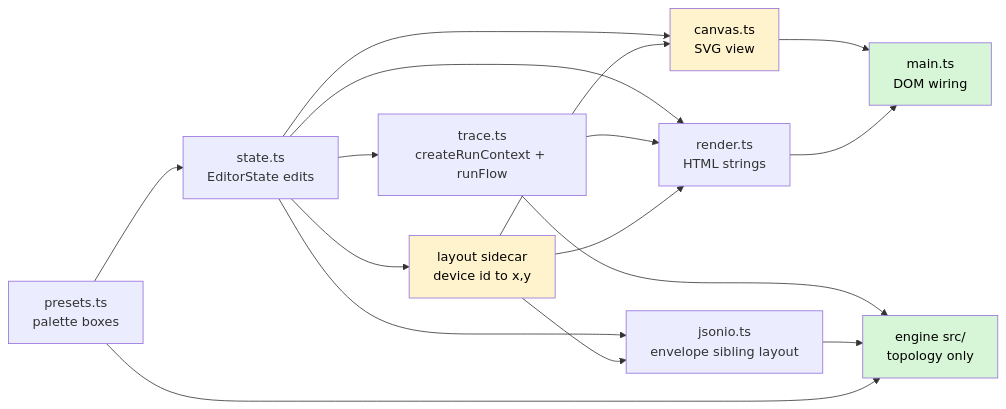
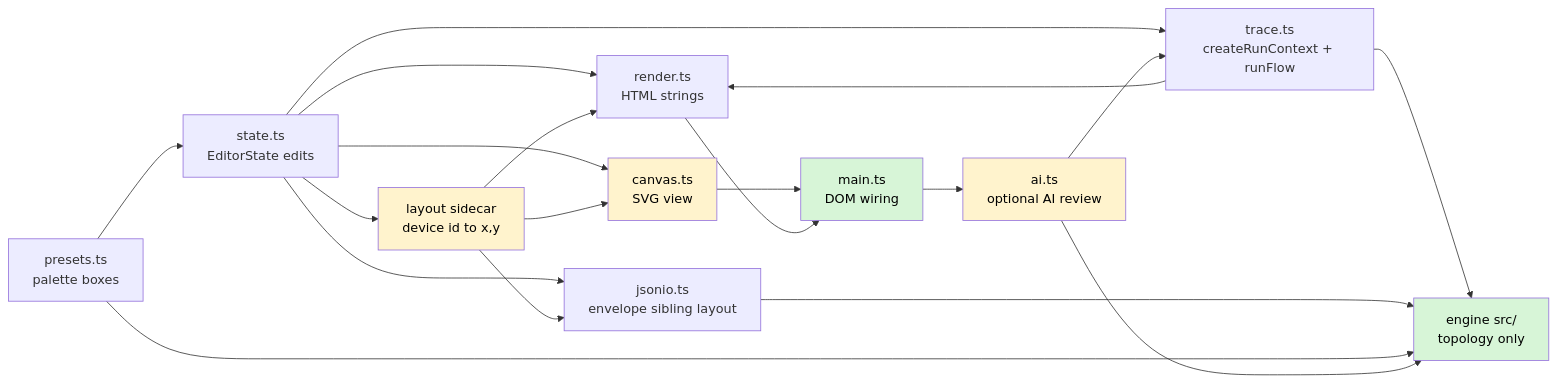
The third of 5 diagrams in docs/architecture.md (alanfong93/network-sandbox), drawn with Mermaid before and after one commit. The commit also changed other lines of this file and 9 other files, not shown here.

First line of the commit message:
feat: optional AI config review (BYOK file, share-safe payload) (#163)

````diff
--- a/docs/architecture.md
+++ b/docs/architecture.md
@@ -222,22 +230,26 @@
 ```mermaid
 flowchart LR
     P[presets.ts<br>palette boxes] --> S[state.ts<br>EditorState edits]
     S --> R[render.ts<br>HTML strings]
     S --> CV[canvas.ts<br>SVG view]
     S --> T[trace.ts<br>createRunContext + runFlow]
     T --> R
     LY --> CV
     CV --> M[main.ts<br>DOM wiring]
     S --> J[jsonio.ts<br>envelope sibling layout]
     S --> LY[layout sidecar<br>device id to x,y]
     LY --> J
     LY --> R
-    R --> M[main.ts<br>DOM wiring]
+    R --> M
     T --> E[engine src/<br>topology only]
     J --> E
     P --> E
+    AI[ai.ts<br>optional AI review] --> E
+    AI --> T
+    M --> AI
     style E fill:#d7f5d7,color:#000
     style M fill:#d7f5d7,color:#000
     style LY fill:#fff3cd,color:#000
     style CV fill:#fff3cd,color:#000
+    style AI fill:#fff3cd,color:#000
 ```
````
